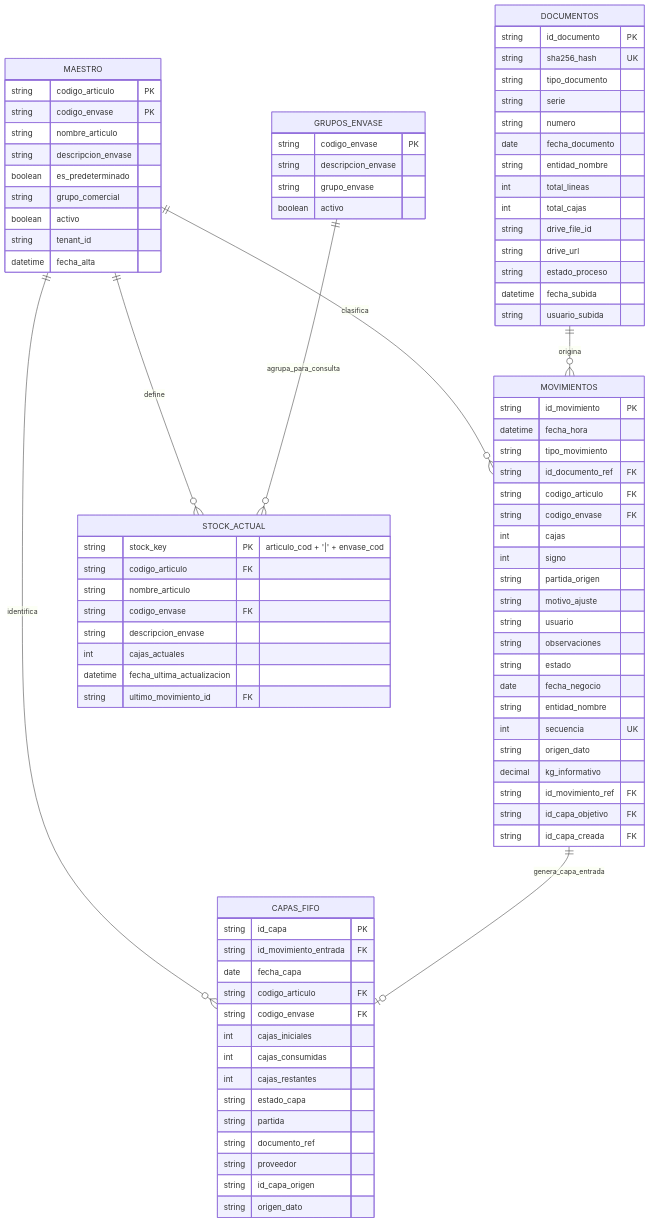
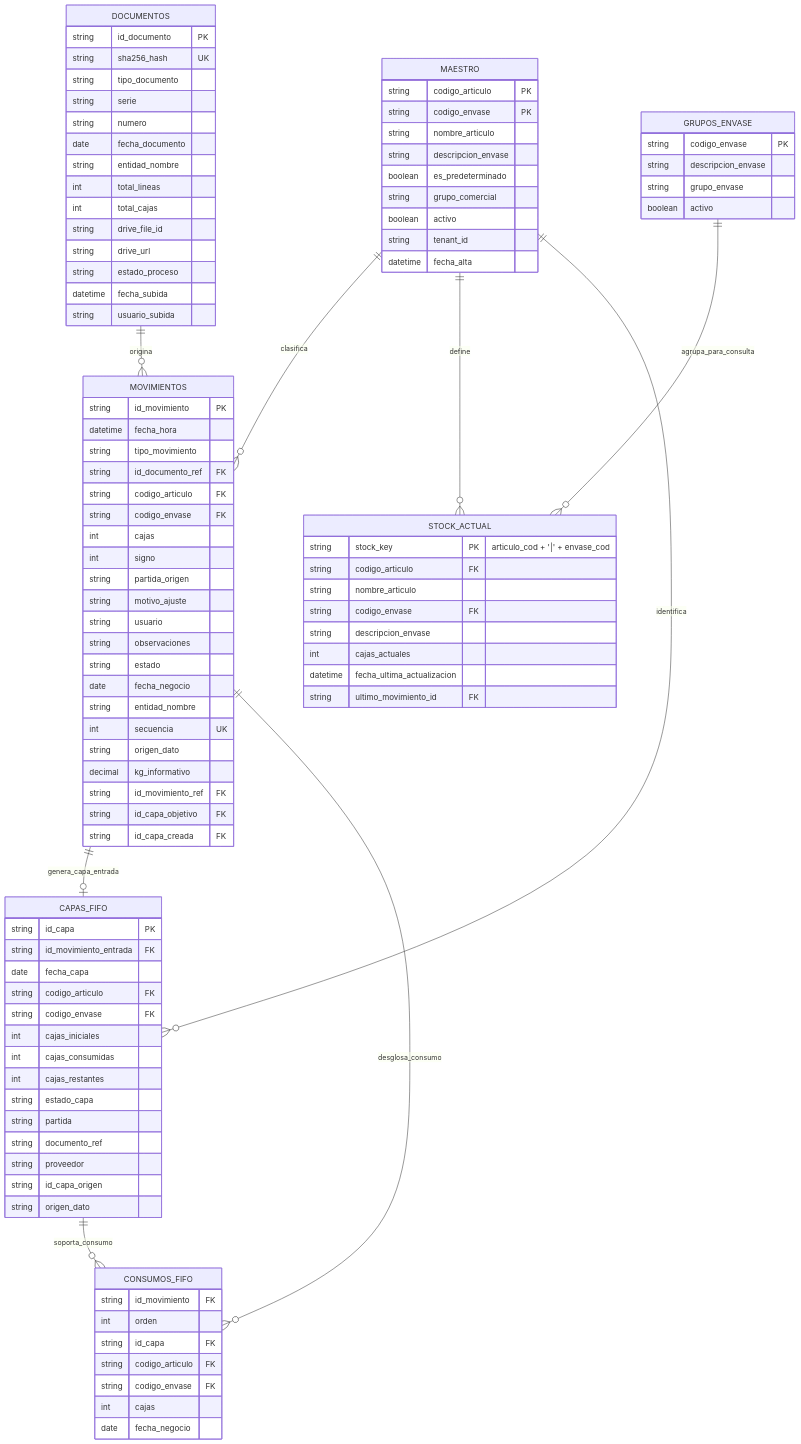
The diagram in DATA_MODEL.md (johannmartlo/STOCK-LIGHT), drawn with Mermaid before and after one commit. The commit also changed other lines of this file and 6 other files, not shown here.

Commit message:
feat(T-003): hoja CONSUMOS_FIFO derivada del libro y fin de repartos a ciegas (D-012, D-022)

```diff
--- a/DATA_MODEL.md
+++ b/DATA_MODEL.md
@@ -21,6 +21,8 @@
     MAESTRO ||--o{ CAPAS_FIFO : "identifica"
     DOCUMENTOS ||--o{ MOVIMIENTOS : "origina"
     MOVIMIENTOS ||--o| CAPAS_FIFO : "genera_capa_entrada"
+    MOVIMIENTOS ||--o{ CONSUMOS_FIFO : "desglosa_consumo"
+    CAPAS_FIFO ||--o{ CONSUMOS_FIFO : "soporta_consumo"
     GRUPOS_ENVASE ||--o{ STOCK_ACTUAL : "agrupa_para_consulta"
     
     GRUPOS_ENVASE {
@@ -100,6 +102,16 @@
         string origen_dato
     }
 
+    CONSUMOS_FIFO {
+        string id_movimiento FK
+        int orden
+        string id_capa FK
+        string codigo_articulo FK
+        string codigo_envase FK
+        int cajas
+        date fecha_negocio
+    }
+
     STOCK_ACTUAL {
         string stock_key PK "articulo_cod + '|' + envase_cod"
         string codigo_articulo FK
```
